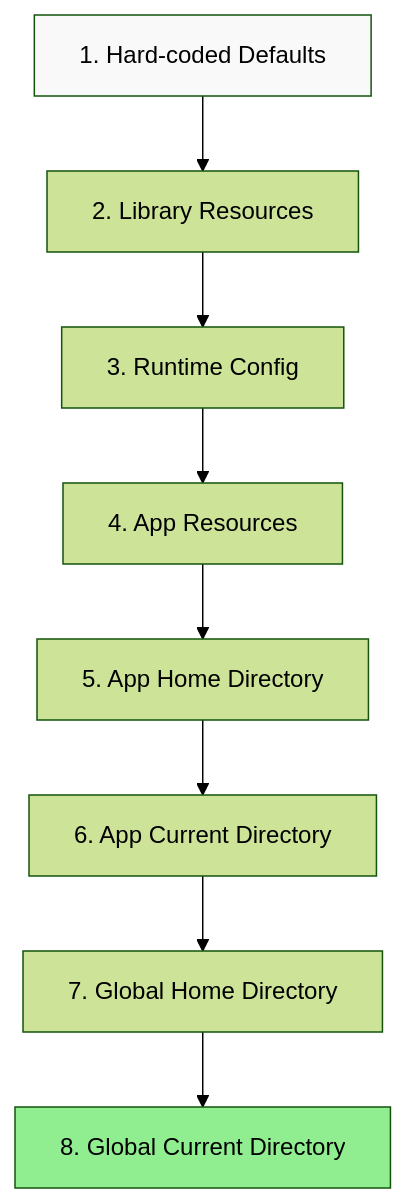
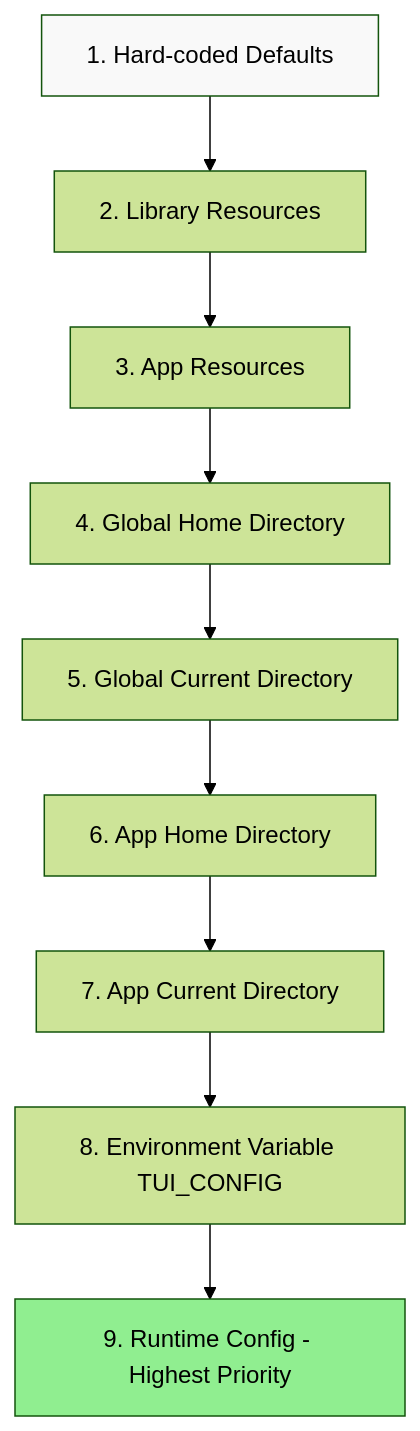
The diagram in docfx/docs/config.md (gui-cs/Terminal.Gui), drawn with Mermaid (forest theme) before and after one commit. The commit also changed other lines of this file and 4 other files, not shown here.

````diff
--- a/docfx/docs/config.md
+++ b/docfx/docs/config.md
@@ -170,13 +174,14 @@
 ```mermaid
 graph TD
     A[1. Hard-coded Defaults] --> B[2. Library Resources]
-    B --> C[3. Runtime Config]
-    C --> D[4. App Resources]
-    D --> E[5. App Home Directory]
-    E --> F[6. App Current Directory]
-    F --> G[7. Global Home Directory]
-    G --> H[8. Global Current Directory]
+    B --> C[3. App Resources]
+    C --> D[4. Global Home Directory]
+    D --> E[5. Global Current Directory]
+    E --> F[6. App Home Directory]
+    F --> G[7. App Current Directory]
+    G --> H[8. Environment Variable TUI_CONFIG]
+    H --> I[9. Runtime Config - Highest Priority]
     
     style A fill:#f9f9f9
-    style H fill:#90EE90
+    style I fill:#90EE90
 ```
````
